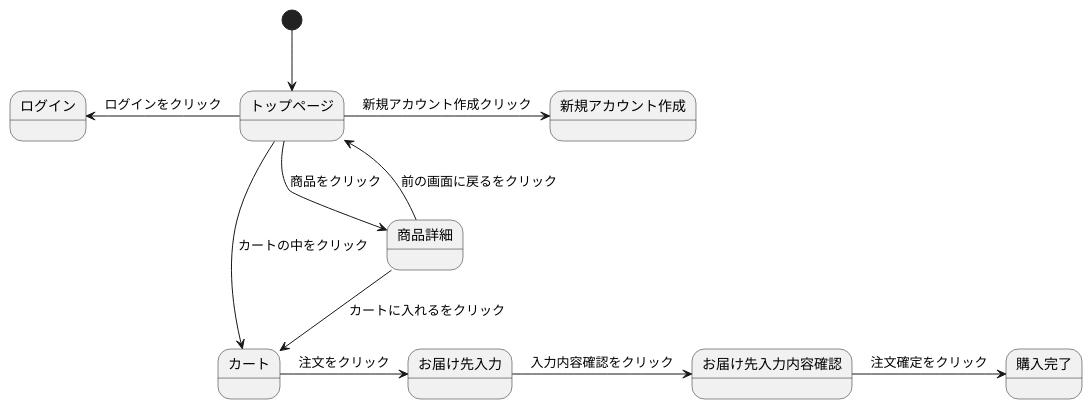
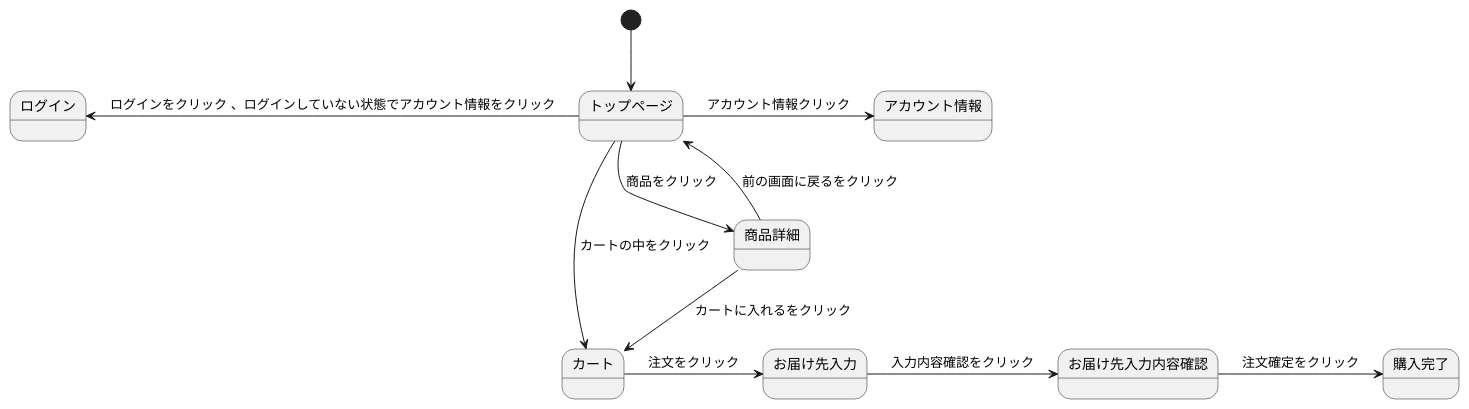
Before and after one commit to Aso2001133/2021sys-design: the diagram in sumple_01.md, drawn with PlantUML.

````diff
--- a/sumple_01.md
+++ b/sumple_01.md
@@ -1,23 +1,23 @@
 ```uml
 @startuml
 [*] --> トップページ 
 
-トップページ -> 新規アカウント作成 : 新規アカウント作成クリック 
+トップページ -> アカウント情報 : アカウント情報クリック 
 
-トップページ -left-> ログイン : ログインをクリック 
+トップページ -left-> ログイン : ログインをクリック 、ログインしていない状態でアカウント情報をクリック
 
 トップページ --> 商品詳細 : 商品をクリック 
 
 トップページ --> カート : カートの中をクリック 
 
 商品詳細 --> カート : カートに入れるをクリック 
 
 商品詳細 --> トップページ : 前の画面に戻るをクリック 
 
 カート -> お届け先入力 : 注文をクリック 
 
 お届け先入力 -> お届け先入力内容確認 : 入力内容確認をクリック 
 
 お届け先入力内容確認 -> 購入完了 : 注文確定をクリック 
 @enduml
 ```
````
